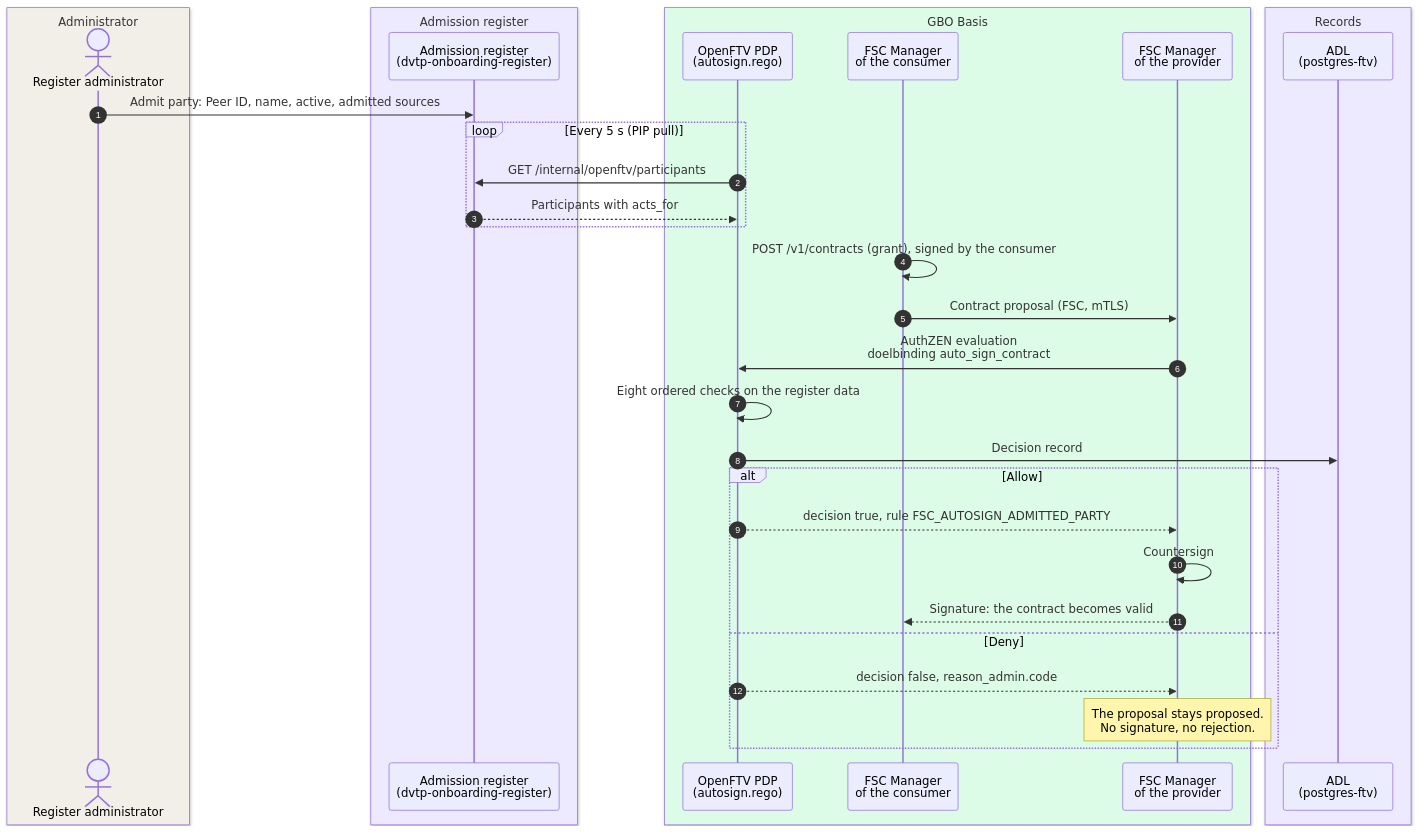
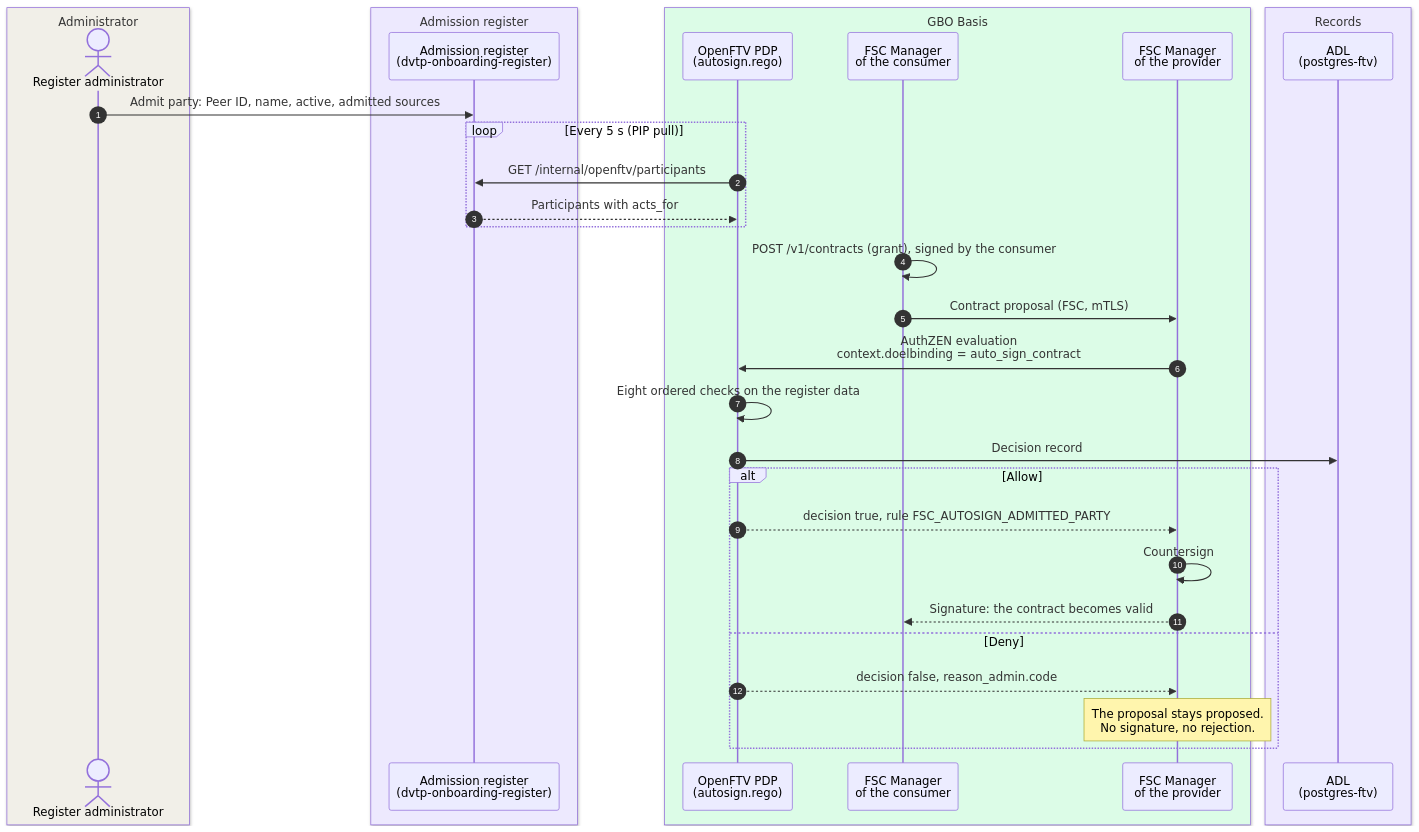
The first of 3 diagrams in docs/runtime/admission.md (ICTU/GBO-TO), drawn with Mermaid before and after one commit. The commit also changed other lines of this file and 74 other files, not shown here.

````diff
--- a/docs/runtime/admission.md
+++ b/docs/runtime/admission.md
@@ -36,37 +36,37 @@
 ```mermaid
 sequenceDiagram
     autonumber
     box rgb(241,239,232) Administrator
       actor ADM as Register administrator
     end
     box rgb(237,233,254) Admission register
       participant REG as Admission register<br/>(dvtp-onboarding-register)
     end
     box rgb(220,252,231) GBO Basis
       participant PDP as OpenFTV PDP<br/>(autosign.rego)
       participant CM as FSC Manager<br/>of the consumer
       participant PM as FSC Manager<br/>of the provider
     end
     box rgb(237,233,254) Records
       participant ADL as ADL<br/>(postgres-ftv)
     end
 
     ADM->>REG: Admit party: Peer ID, name, active, admitted sources
     loop Every 5 s (PIP pull)
         PDP->>REG: GET /internal/openftv/participants
         REG-->>PDP: Participants with acts_for
     end
     CM->>CM: POST /v1/contracts (grant), signed by the consumer
     CM->>PM: Contract proposal (FSC, mTLS)
-    PM->>PDP: AuthZEN evaluation<br/>doelbinding auto_sign_contract
+    PM->>PDP: AuthZEN evaluation<br/>context.doelbinding = auto_sign_contract
     PDP->>PDP: Eight ordered checks on the register data
     PDP->>ADL: Decision record
     alt Allow
         PDP-->>PM: decision true, rule FSC_AUTOSIGN_ADMITTED_PARTY
         PM->>PM: Countersign
         PM-->>CM: Signature: the contract becomes valid
     else Deny
         PDP-->>PM: decision false, reason_admin.code
         Note over PM: The proposal stays proposed.<br/>No signature, no rejection.
     end
 ```
````
